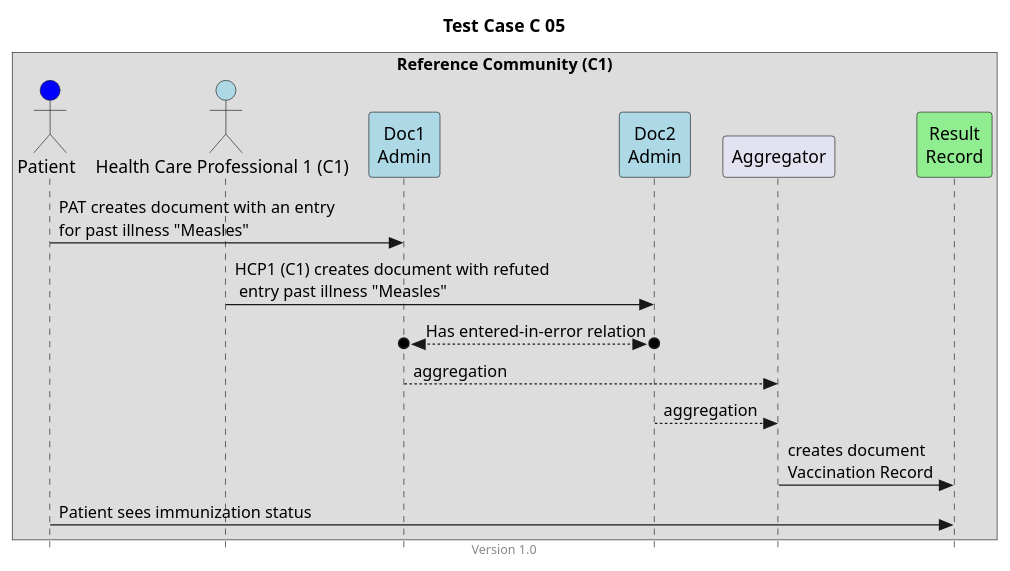
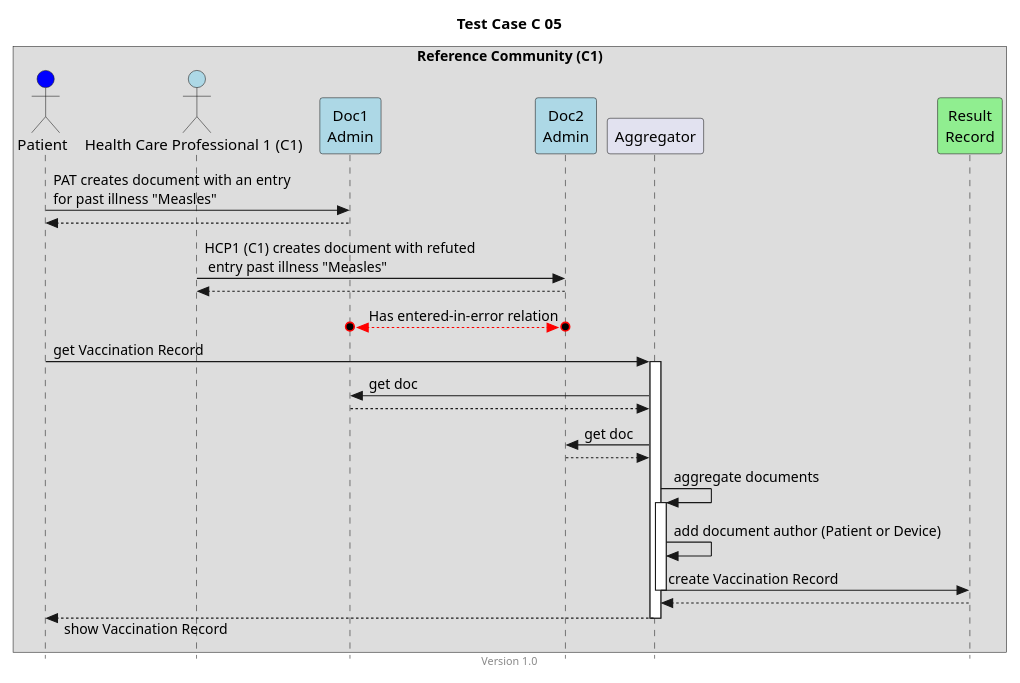
Before and after one commit to hl7ch/ch-vacd: the diagram in input/images-source/TCC05.plantuml, drawn with PlantUML. The commit also changed 17 other files, not shown here.

Commit message:
#190 rework the seq diagrams

```diff
--- a/input/images-source/TCC05.plantuml
+++ b/input/images-source/TCC05.plantuml
@@ -1,30 +1,46 @@
 @startuml
 title Test Case C 05
 footer Version 1.0
 skinparam responseMessageBelowArrow true
 skinparam style strictuml
 scale max 800 width
 
 
 box "Reference Community (C1)"
 actor "Patient" as PAT #blue
 actor "Health Care Professional 1 (C1)" as HCP1_C1 #lightblue
 participant "Doc1\nAdmin" as Doc1 #lightblue
 participant "Doc2\nAdmin" as Doc2 #lightblue
 participant Aggregator as AGG
 participant "Result\nRecord" as RES #lightgreen
 end box
 
 PAT -> Doc1: PAT creates document with an entry\nfor past illness "Measles"
+PAT <-- Doc1
 
 HCP1_C1 -> Doc2: HCP1 (C1) creates document with refuted\n entry past illness "Measles"
+HCP1_C1 <-- Doc2
 
-Doc2 o<-->o Doc1: Has entered-in-error relation
+Doc2 o<-[#red]->o Doc1: Has entered-in-error relation
 
-Doc1 --> AGG: aggregation
-Doc2 --> AGG: aggregation
-AGG -> RES: creates document\nVaccination Record 
-PAT -> RES: Patient sees immunization status
+PAT -> AGG: get Vaccination Record
+activate AGG
+
+AGG -> Doc1: get doc
+AGG <-- Doc1
+
+AGG -> Doc2: get doc
+AGG <-- Doc2
+ 
+AGG -> AGG: aggregate documents 
+activate AGG
+AGG -> AGG: add document author (Patient or Device)
+AGG -> RES: create Vaccination Record
+deactivate AGG
+AGG <-- RES
+
+PAT <-- AGG: show Vaccination Record
+deactivate AGG
 
 
 @enduml
```
